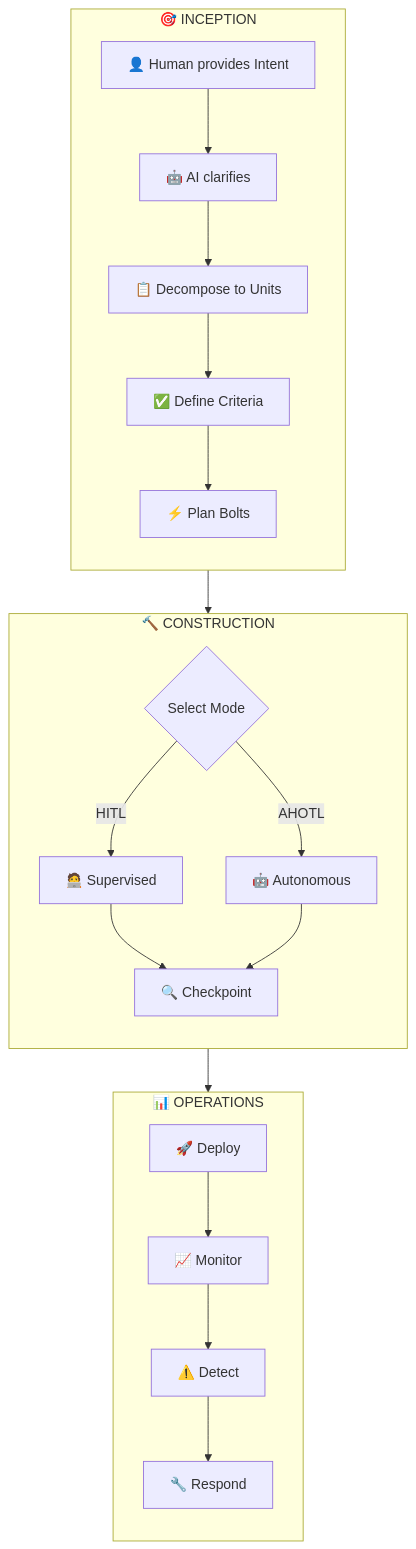
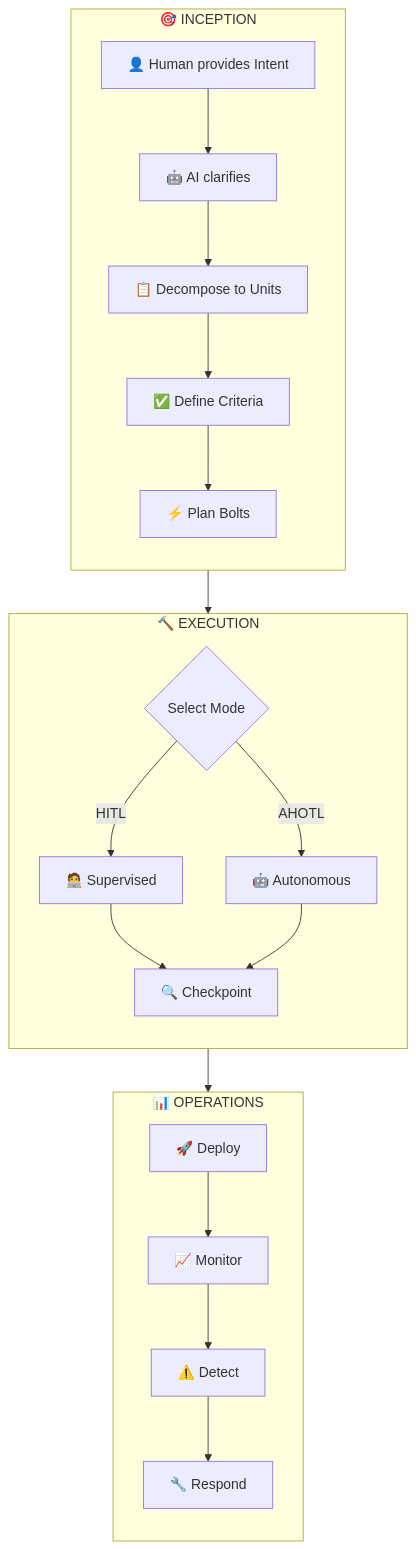
One commit to jwaldrip/haiku-method changed diagram 12 of 14 in website/content/papers/ai-dlc-2026.md. Above: the diagram before and after it, drawn with Mermaid. The commit also changed other lines of this file and 34 other files, not shown here.

First line of the commit message:
feat: rename Construction Phase to Execution Phase, add configurable default passes

````diff
--- a/website/content/papers/ai-dlc-2026.md
+++ b/website/content/papers/ai-dlc-2026.md
@@ -931,37 +965,37 @@
 ```mermaid
 flowchart TB
     subgraph Inception["🎯 INCEPTION"]
         direction TB
         I1["👤 Human provides Intent"]
         I2["🤖 AI clarifies"]
         I3["📋 Decompose to Units"]
         I4["✅ Define Criteria"]
         I5["⚡ Plan Bolts"]
         I1 --> I2 --> I3 --> I4 --> I5
     end
 
-    Inception --> Construction
+    Inception --> Execution
 
-    subgraph Construction["🔨 CONSTRUCTION"]
+    subgraph Execution["🔨 EXECUTION"]
         direction TB
         C1{"Select Mode"}
         C2["🧑‍💻 Supervised"]
         C3["🤖 Autonomous"]
         C4["🔍 Checkpoint"]
         C1 -->|"HITL"| C2
         C1 -->|"AHOTL"| C3
         C2 --> C4
         C3 --> C4
     end
 
-    Construction --> Operations
+    Execution --> Operations
 
     subgraph Operations["📊 OPERATIONS"]
         direction TB
         O1["🚀 Deploy"]
         O2["📈 Monitor"]
         O3["⚠️ Detect"]
         O4["🔧 Respond"]
         O1 --> O2 --> O3 --> O4
     end
 ```
````
